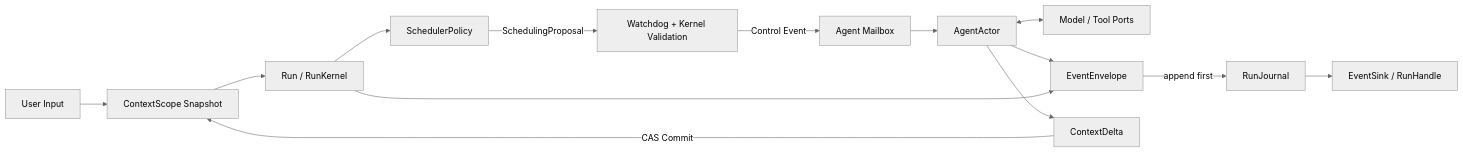
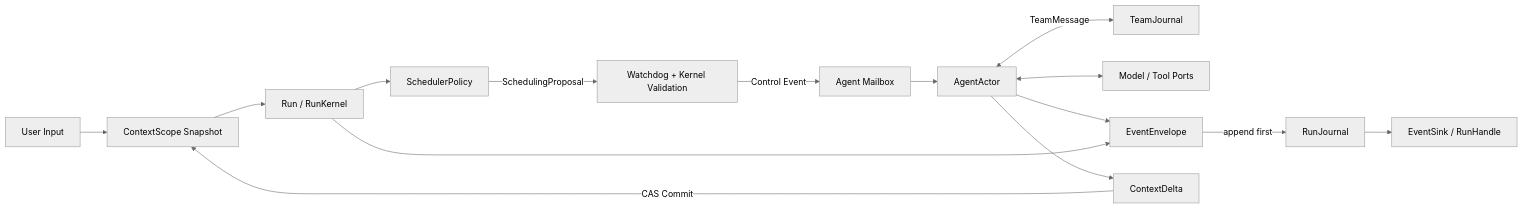
Before and after one commit to Haiyang-Bian/bottled-water: the diagram in docs/runtime/architecture.md, drawn with Mermaid (neutral theme). The commit also changed other lines of this file and 4 other files, not shown here.

````diff
--- a/docs/runtime/architecture.md
+++ b/docs/runtime/architecture.md
@@ -35,16 +35,17 @@
 ```mermaid
 flowchart LR
     U["User Input"] --> C["ContextScope Snapshot"]
     C --> R["Run / RunKernel"]
     R --> P["SchedulerPolicy"]
     P -->|"SchedulingProposal"| W["Watchdog + Kernel Validation"]
     W -->|"Control Event"| M["Agent Mailbox"]
     M --> A["AgentActor"]
+    A <-->|"TeamMessage"| T["TeamJournal"]
     A <--> X["Model / Tool Ports"]
     A --> E["EventEnvelope"]
     R --> E
     E -->|"append first"| J["RunJournal"]
     J --> S["EventSink / RunHandle"]
     A --> D["ContextDelta"]
     D -->|"CAS Commit"| C
 ```
````
